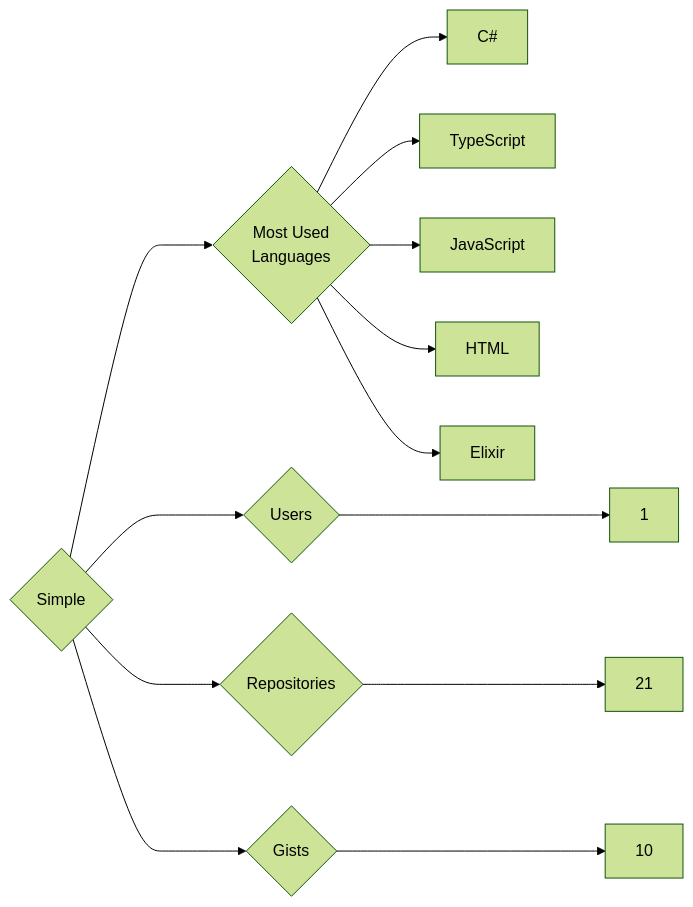
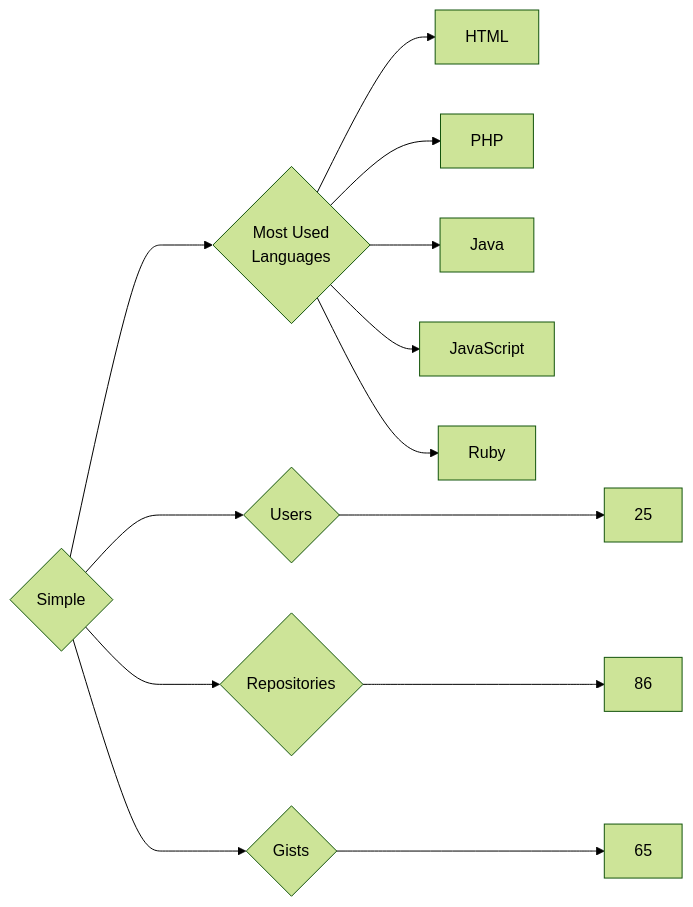
One commit to trickest/insiders changed the diagram in targets/Simple/README.md. Above: the diagram before and after it, drawn with Mermaid (forest theme). The commit also changed 973 other files, not shown here.

````diff
--- a/targets/Simple/README.md
+++ b/targets/Simple/README.md
@@ -3,13 +3,13 @@
 ```mermaid
 graph LR
 COMPANY_NAME{Simple}
-COMPANY_NAME ---> U{Users} ---> UN[1]
-COMPANY_NAME ---> R{Repositories} ---> RN[21]
-COMPANY_NAME ---> G{Gists} ---> GN[10]
+COMPANY_NAME ---> U{Users} ---> UN[25]
+COMPANY_NAME ---> R{Repositories} ---> RN[86]
+COMPANY_NAME ---> G{Gists} ---> GN[65]
 COMPANY_NAME ---> ML{Most Used<br>Languages}
-ML --> C#[C#]
-ML --> TypeScript[TypeScript]
+ML --> HTML[HTML]
+ML --> PHP[PHP]
+ML --> Java[Java]
 ML --> JavaScript[JavaScript]
-ML --> HTML[HTML]
-ML --> Elixir[Elixir]
+ML --> Ruby[Ruby]
 ```
````
